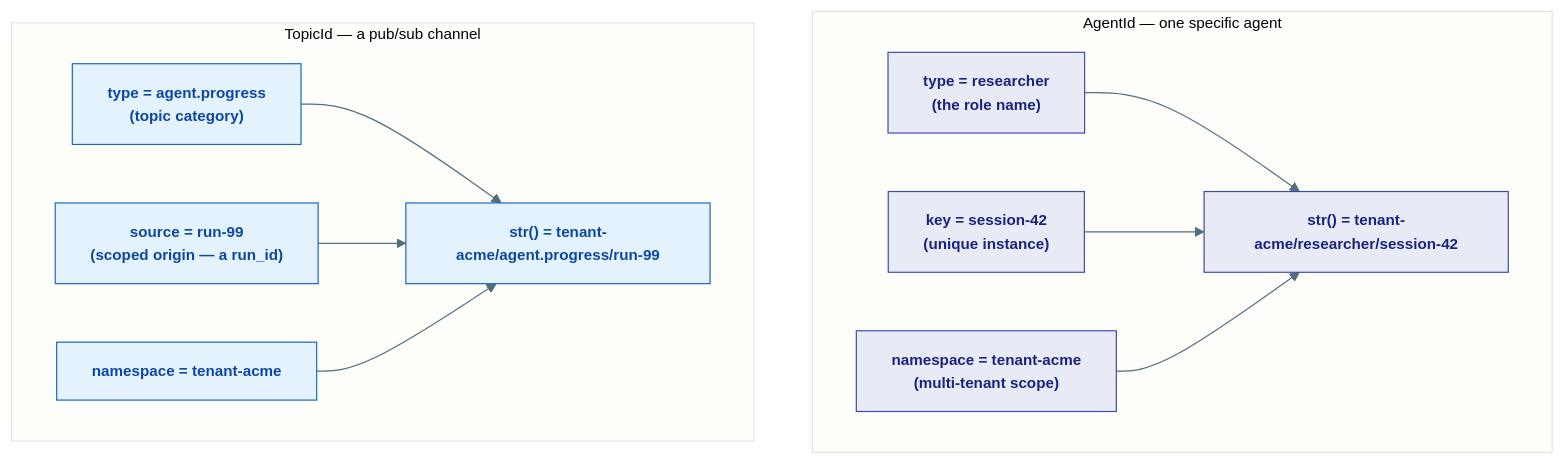
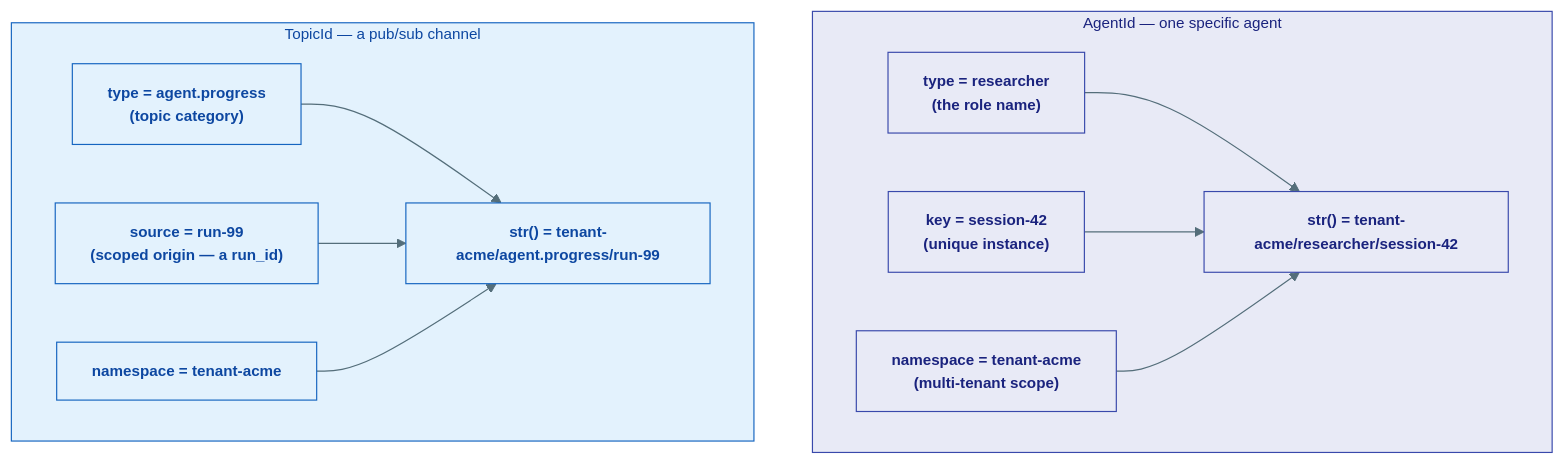
Before and after one commit to Ravikumarchavva/agent-substrate: the third of 4 diagrams in agents/agent-substrate/docs/kernel/01-core.md, drawn with Mermaid. The commit also changed other lines of this file and 13 other files, not shown here.

Commit message:
style: enhance diagram aesthetics with color coding and improve Mermaid integration

````diff
--- a/agents/agent-substrate/docs/kernel/01-core.md
+++ b/agents/agent-substrate/docs/kernel/01-core.md
@@ -258,24 +258,27 @@
 ```mermaid
 %%{init: {'theme': 'base', 'themeVariables': {'primaryColor': '#E8EAF6','primaryTextColor': '#1A237E','primaryBorderColor': '#3949AB','lineColor': '#546E7A','fontSize': '13px'}}}%%
 flowchart TB
     classDef agent   fill:#E8EAF6,stroke:#3949AB,color:#1A237E,font-weight:bold
     classDef runtime fill:#E3F2FD,stroke:#1565C0,color:#0D47A1,font-weight:bold
 
     subgraph AID["AgentId — one specific agent"]
         A1["type = researcher<br/>(the role name)"]:::agent
         A2["key = session-42<br/>(unique instance)"]:::agent
         A3["namespace = tenant-acme<br/>(multi-tenant scope)"]:::agent
         A1 --> AS["str() = tenant-acme/researcher/session-42"]:::agent
         A2 --> AS
         A3 --> AS
     end
 
     subgraph TID["TopicId — a pub/sub channel"]
         T1["type = agent.progress<br/>(topic category)"]:::runtime
         T2["source = run-99<br/>(scoped origin — a run_id)"]:::runtime
         T3["namespace = tenant-acme"]:::runtime
         T1 --> TS["str() = tenant-acme/agent.progress/run-99"]:::runtime
         T2 --> TS
         T3 --> TS
     end
+
+    style AID fill:#e8eaf6,stroke:#3949ab,color:#1a237e
+    style TID fill:#e3f2fd,stroke:#1565c0,color:#0d47a1
 ```
````
